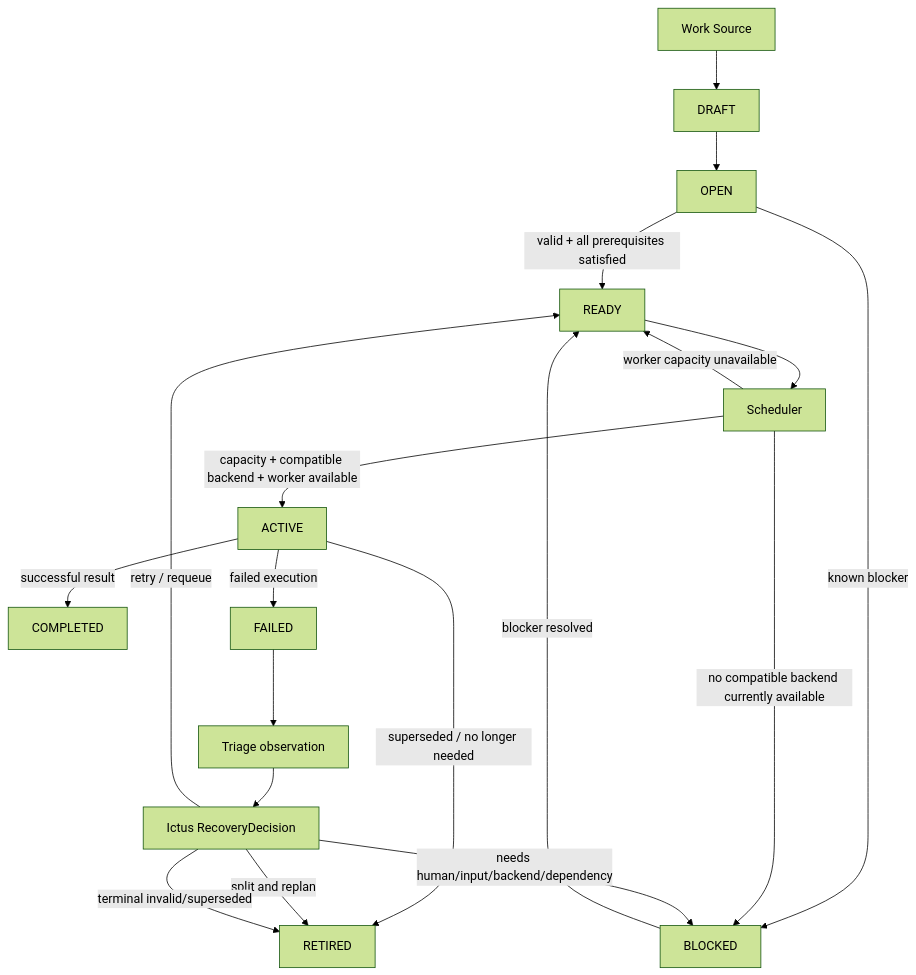
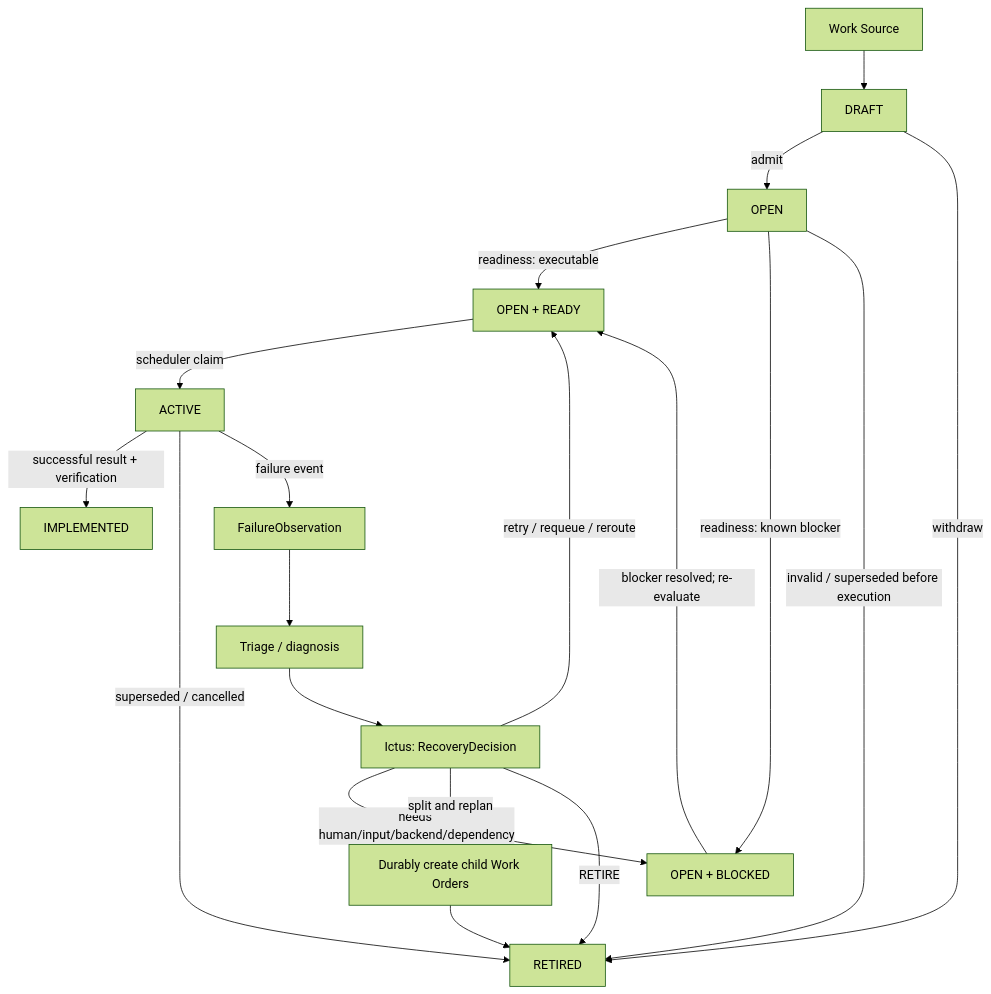
The diagram in docs/architecture/WHITEBOARD_OVERVIEW.md (Walsamer/tactus), drawn with Mermaid (forest theme) before and after one commit. The commit also changed other lines of this file and 6 other files, not shown here.

````diff
--- a/docs/architecture/WHITEBOARD_OVERVIEW.md
+++ b/docs/architecture/WHITEBOARD_OVERVIEW.md
@@ -87,24 +111,24 @@
 ```mermaid
 flowchart TD
     WS[Work Source] --> DRAFT[DRAFT]
-    DRAFT --> OPEN[OPEN]
-    OPEN -->|valid + all prerequisites satisfied| READY[READY]
-    OPEN -->|known blocker| BLOCKED[BLOCKED]
-    BLOCKED -->|blocker resolved| READY
+    DRAFT -->|admit| OPEN[OPEN]
+    DRAFT -->|withdraw| RETIRED[RETIRED]
 
-    READY --> SCHED[Scheduler]
-    SCHED -->|capacity + compatible backend + worker available| ACTIVE[ACTIVE]
-    SCHED -->|worker capacity unavailable| READY
-    SCHED -->|no compatible backend currently available| BLOCKED
+    OPEN -->|readiness: executable| READY[OPEN + READY]
+    OPEN -->|readiness: known blocker| BLOCKED[OPEN + BLOCKED]
+    BLOCKED -->|blocker resolved; re-evaluate| READY
+    READY -->|scheduler claim| ACTIVE[ACTIVE]
+    OPEN -->|invalid / superseded before execution| RETIRED
 
-    ACTIVE -->|successful result| COMPLETED[COMPLETED]
-    ACTIVE -->|superseded / no longer needed| RETIRED[RETIRED]
-    ACTIVE -->|failed execution| FAILED[FAILED]
+    ACTIVE -->|successful result + verification| IMPLEMENTED[IMPLEMENTED]
+    ACTIVE -->|superseded / cancelled| RETIRED
+    ACTIVE -->|failure event| OBS[FailureObservation]
 
-    FAILED --> TRIAGE[Triage observation]
-    TRIAGE --> ICTUS[Ictus RecoveryDecision]
-    ICTUS -->|retry / requeue| READY
+    OBS --> TRIAGE[Triage / diagnosis]
+    TRIAGE --> ICTUS[Ictus: RecoveryDecision]
+    ICTUS -->|retry / requeue / reroute| READY
     ICTUS -->|needs human/input/backend/dependency| BLOCKED
-    ICTUS -->|split and replan| RETIRED
-    ICTUS -->|terminal invalid/superseded| RETIRED
+    ICTUS -->|split and replan| CHILDREN[Durably create child Work Orders]
+    CHILDREN --> RETIRED
+    ICTUS -->|RETIRE| RETIRED
 ```
````
